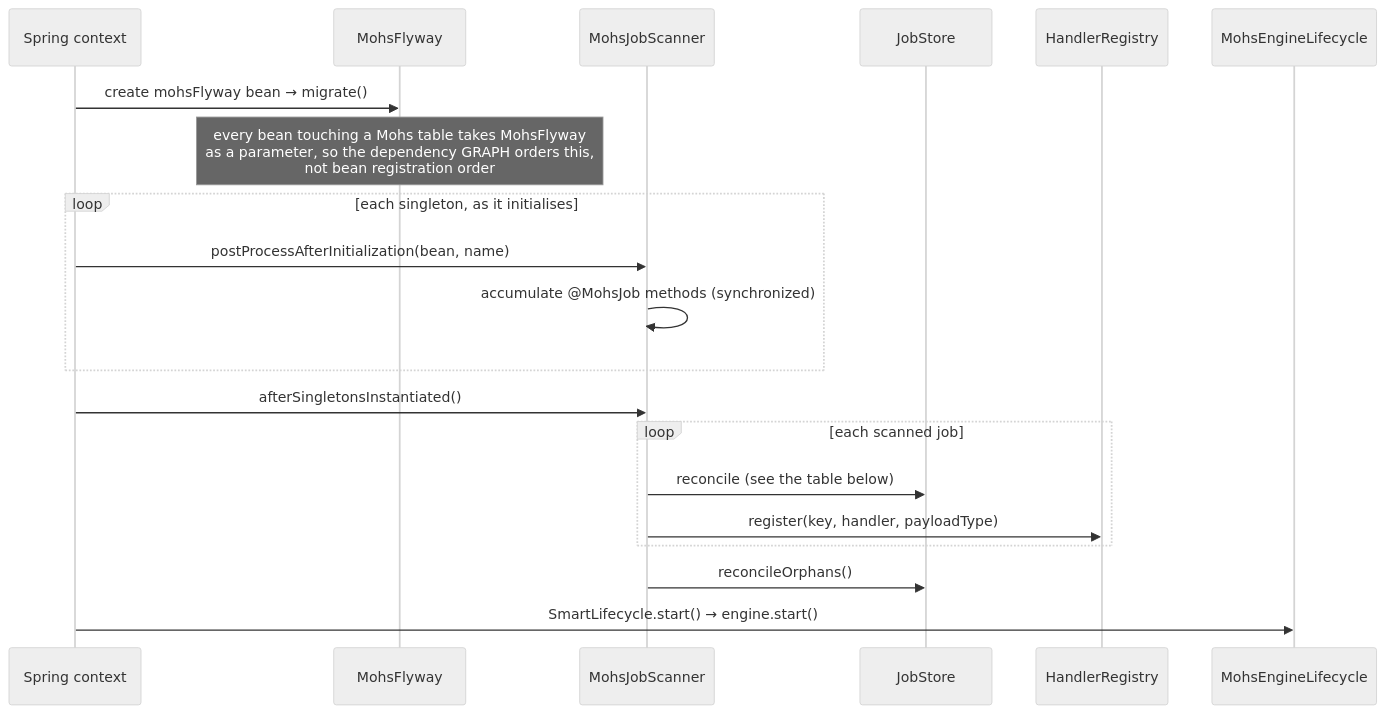
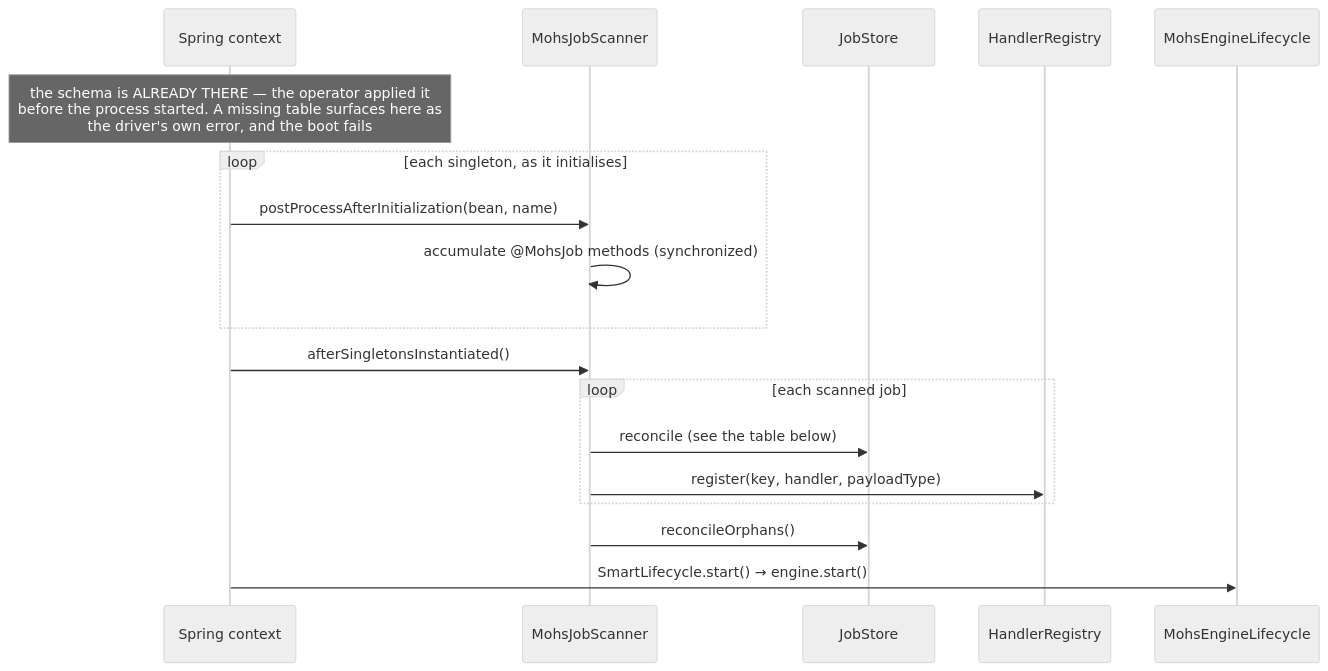
Before and after one commit to robsonkades/mohs: the diagram in docs/03-functional/job-definition-and-registration.md, drawn with Mermaid (neutral theme). The commit also changed 33 other files, not shown here.

````diff
--- a/docs/03-functional/job-definition-and-registration.md
+++ b/docs/03-functional/job-definition-and-registration.md
@@ -104,23 +104,21 @@
 ```mermaid
 sequenceDiagram
     participant Spring as Spring context
-    participant Fly as MohsFlyway
     participant Scanner as MohsJobScanner
     participant Store as JobStore
     participant Reg as HandlerRegistry
     participant Life as MohsEngineLifecycle
 
-    Spring->>Fly: create mohsFlyway bean → migrate()
-    Note over Fly: every bean touching a Mohs table takes MohsFlyway<br/>as a parameter, so the dependency GRAPH orders this,<br/>not bean registration order
+    Note over Spring: the schema is ALREADY THERE — the operator applied it<br/>before the process started. A missing table surfaces here as<br/>the driver's own error, and the boot fails
     loop each singleton, as it initialises
         Spring->>Scanner: postProcessAfterInitialization(bean, name)
         Scanner->>Scanner: accumulate @MohsJob methods (synchronized)
     end
     Spring->>Scanner: afterSingletonsInstantiated()
     loop each scanned job
         Scanner->>Store: reconcile (see the table below)
         Scanner->>Reg: register(key, handler, payloadType)
     end
     Scanner->>Store: reconcileOrphans()
     Spring->>Life: SmartLifecycle.start() → engine.start()
 ```
````
